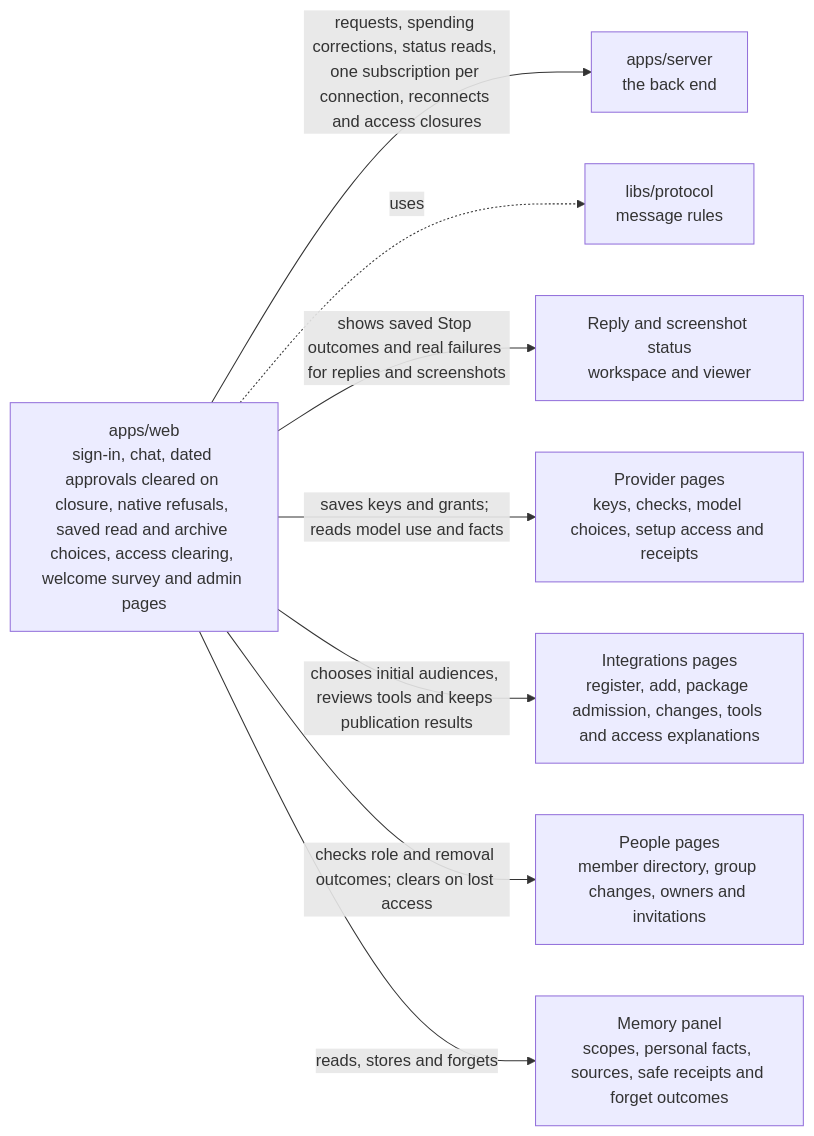
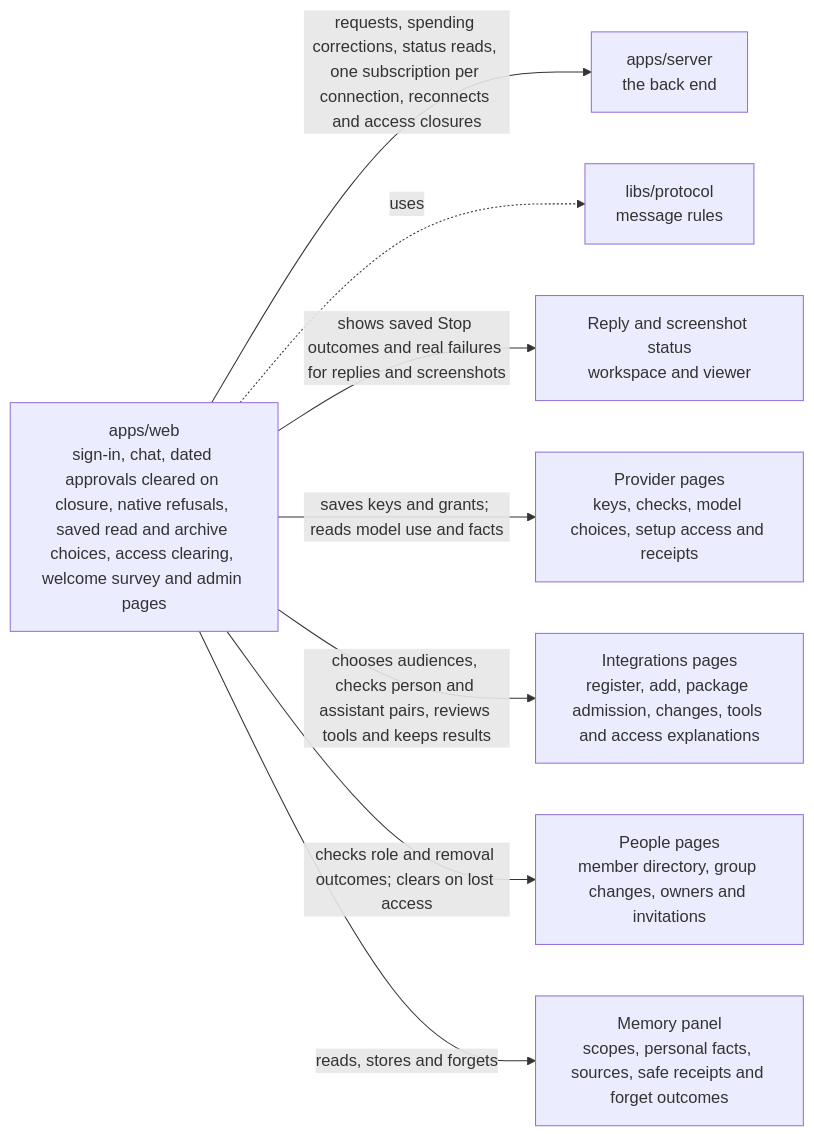
One commit to elewa-git/opencrane-new changed the diagram in apps/web/README.md. Above: the diagram before and after it, drawn with Mermaid. The commit also changed other lines of this file and 8 other files, not shown here.

Commit message:
👥 Require checked person and assistant choices for tool explanations

````diff
--- a/apps/web/README.md
+++ b/apps/web/README.md
@@ -11,10 +11,10 @@
 ```mermaid
 flowchart LR
   web["apps/web<br/>sign-in, chat, dated approvals cleared on closure, native refusals, saved read and archive choices, access clearing, welcome survey and admin pages"] -->|requests, spending corrections, status reads, one subscription per connection, reconnects and access closures| server["apps/server<br/>the back end"]
   web -.->|uses| protocol["libs/protocol<br/>message rules"]
   web -->|shows saved Stop outcomes and real failures for replies and screenshots| capture["Reply and screenshot status<br/>workspace and viewer"]
   web -->|saves keys and grants; reads model use and facts| providers["Provider pages<br/>keys, checks, model choices, setup access and receipts"]
-  web -->|chooses initial audiences, reviews tools and keeps publication results| integrations["Integrations pages<br/>register, add, package admission, changes, tools and access explanations"]
+  web -->|chooses audiences, checks person and assistant pairs, reviews tools and keeps results| integrations["Integrations pages<br/>register, add, package admission, changes, tools and access explanations"]
   web -->|checks role and removal outcomes; clears on lost access| people["People pages<br/>member directory, group changes, owners and invitations"]
   web -->|reads, stores and forgets| memory["Memory panel<br/>scopes, personal facts, sources, safe receipts and forget outcomes"]
 ```
````
